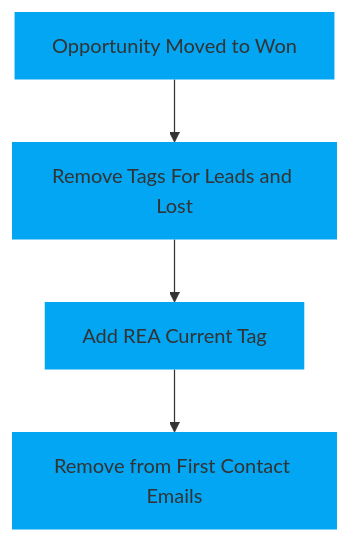
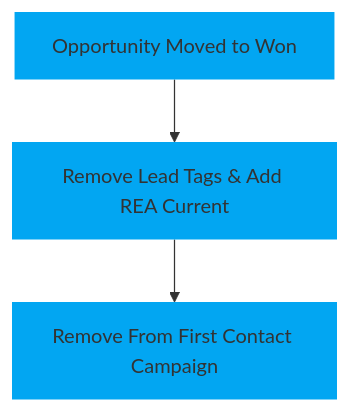
One commit to GHHS-Fahren/GHL-Docs changed the diagram in docs/automations/agents/lead-won.md. Above: the diagram before and after it, drawn with Mermaid. The commit also changed other lines of this file and 26 other files, not shown here.

````diff
--- a/docs/automations/agents/lead-won.md
+++ b/docs/automations/agents/lead-won.md
@@ -9,13 +8,11 @@
 ```mermaid
 flowchart TD
-    A[Opportunity Moved to Won]:::colour;
-    B[Remove Tags For Leads and Lost]:::colour;
-    C[Add REA Current Tag]:::colour;
-    D[Remove from First Contact Emails]:::colour;
+    opp-moved[Opportunity Moved to Won]:::colour;
+    del-tags[Remove Lead Tags & Add REA Current]:::colour;
+    rem-camp[Remove From First Contact Campaign]:::colour;
 
-    A --> B
-    B --> C
-    C --> D
+    opp-moved --> del-tags
+    del-tags --> rem-camp
 
     classDef colour fill:#02A6F2,stroke-width:0px;
 ```
````
